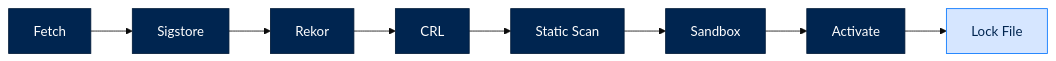
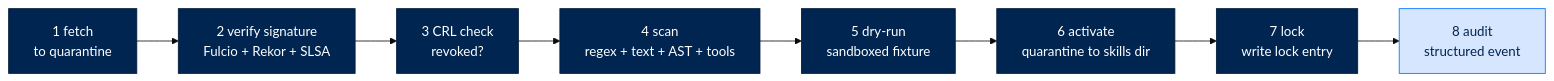
One commit to joshuamschultz/Arc changed the second of 2 diagrams in docs/building/packages/arcskill.md. Above: the diagram before and after it, drawn with Mermaid (base theme). The commit also changed other lines of this file and 13 other files, not shown here.

````diff
--- a/docs/building/packages/arcskill.md
+++ b/docs/building/packages/arcskill.md
@@ -18,13 +166,13 @@
 ```mermaid
 flowchart LR
     classDef gate fill:#002550,stroke:#001A38,color:#FFFFFF
     classDef term fill:#D6E6FF,stroke:#0073FE,color:#002550
 
-    A[Fetch]:::gate --> B[Sigstore]:::gate
-    B --> C[Rekor]:::gate
-    C --> D[CRL]:::gate
-    D --> E[Static Scan]:::gate
-    E --> F[Sandbox]:::gate
-    F --> G[Activate]:::gate
-    G --> H[Lock File]:::term
+    A["1 fetch<br/>to quarantine"]:::gate --> B["2 verify signature<br/>Fulcio + Rekor + SLSA"]:::gate
+    B --> C["3 CRL check<br/>revoked?"]:::gate
+    C --> D["4 scan<br/>regex + text + AST + tools"]:::gate
+    D --> E["5 dry-run<br/>sandboxed fixture"]:::gate
+    E --> F["6 activate<br/>quarantine to skills dir"]:::gate
+    F --> G["7 lock<br/>write lock entry"]:::gate
+    G --> H["8 audit<br/>structured event"]:::term
 ```
````
